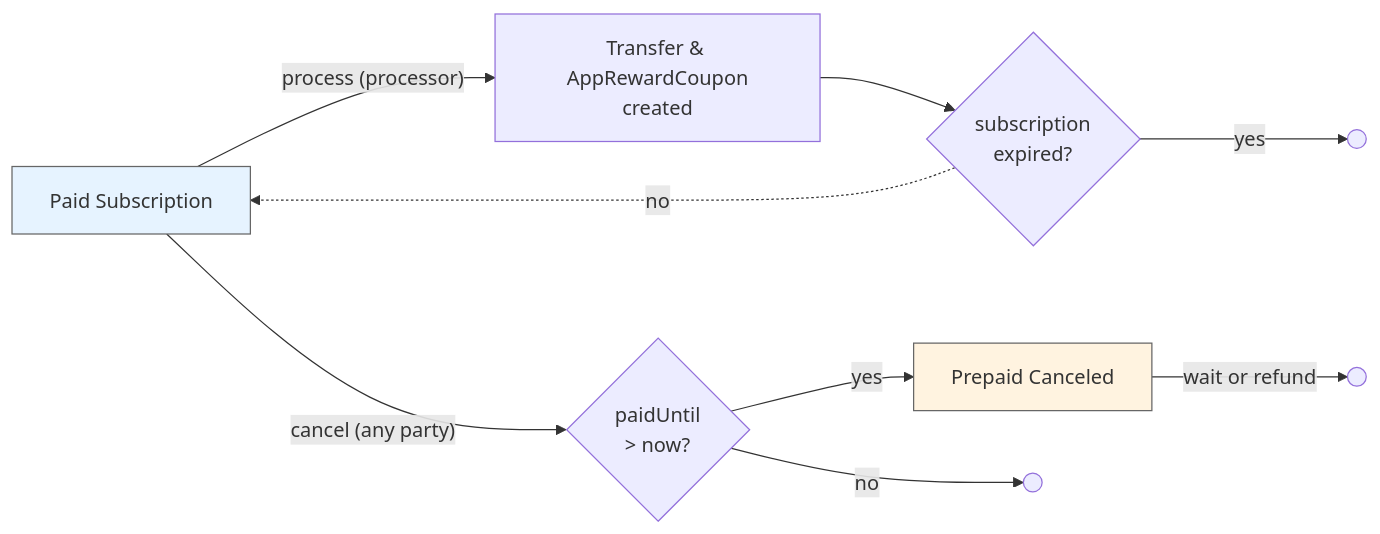
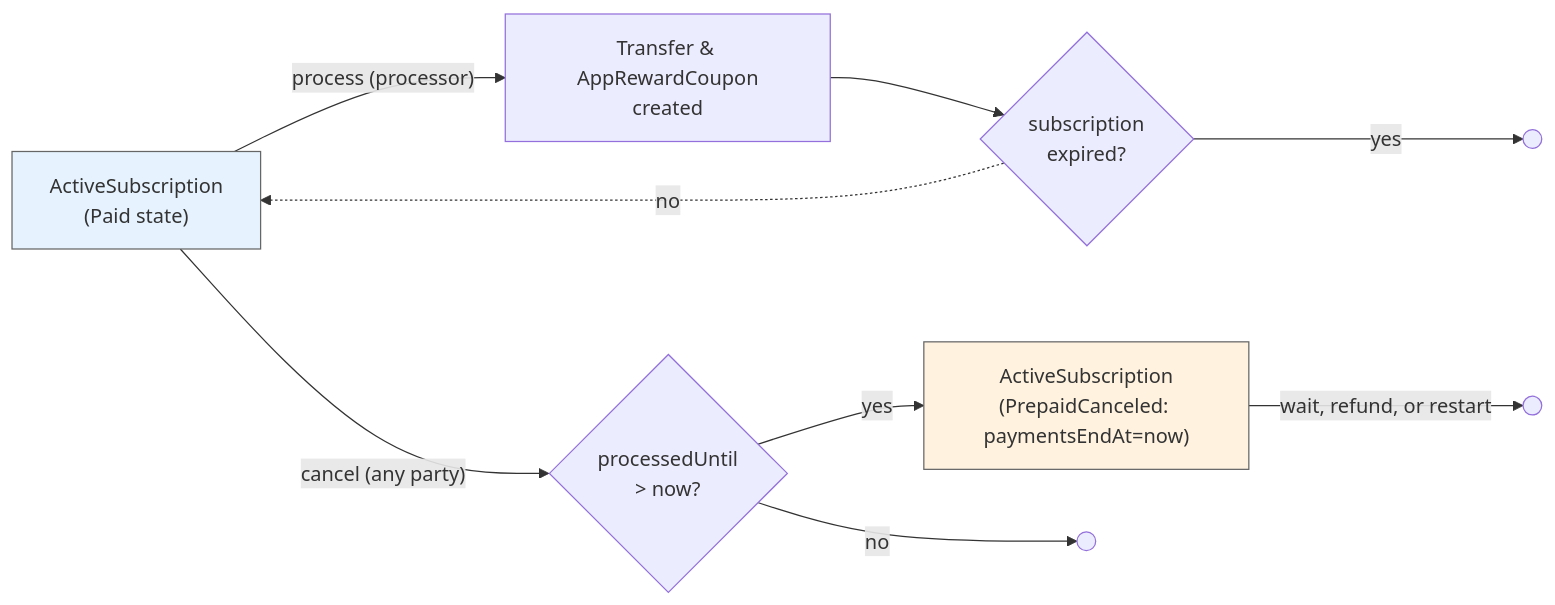
Before and after one commit to Fairmint/open-captable-protocol-daml: the fifth of 5 diagrams in Subscriptions-v01/README.md, drawn with Mermaid. The commit also changed other lines of this file and 20 other files, not shown here.

````diff
--- a/Subscriptions-v01/README.md
+++ b/Subscriptions-v01/README.md
@@ -208,17 +212,17 @@
 ```mermaid
 flowchart LR
-    PS[Paid Subscription]
+    PS["ActiveSubscription<br>(Paid state)"]
     PS -->|"process (processor)"| Marker[Transfer & AppRewardCoupon<br/>created]
     Marker --> Choice1{subscription<br/>expired?}
     Choice1 -.->|no| PS
     Choice1 -->|yes| End1(( ))
-    PS -->|"cancel (any party)"| Choice2{paidUntil<br/>> now?}
-    Choice2 -->|yes| PC[Prepaid Canceled]
+    PS -->|"cancel (any party)"| Choice2{processedUntil<br/>> now?}
+    Choice2 -->|yes| PC["ActiveSubscription<br>(PrepaidCanceled: paymentsEndAt=now)"]
     Choice2 -->|no| End2(( ))
-    PC -->|"wait or refund"| End3(( ))
+    PC -->|"wait, refund, or restart"| End3(( ))
     
     classDef active fill:#e6f3ff,stroke:#666
     classDef canceled fill:#fff3e0,stroke:#666
     class PS active
     class PC canceled
 ```
````
